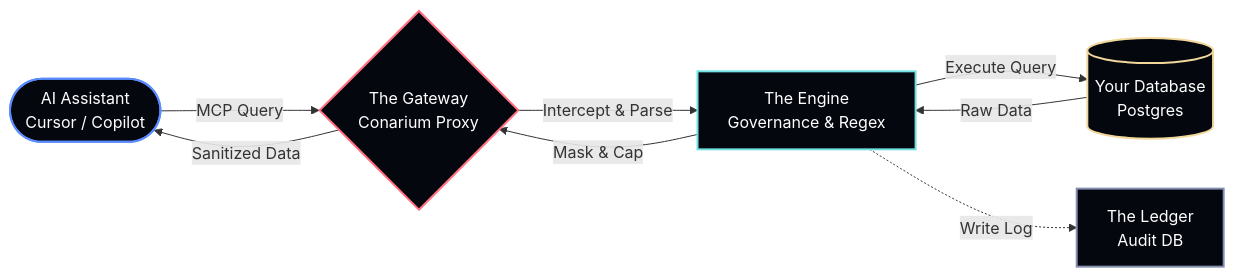
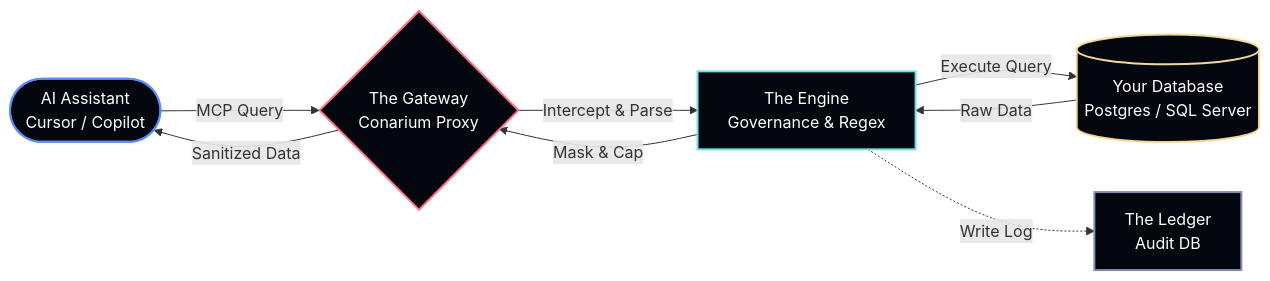
One commit to dogrucanemek-alt/conarium changed the diagram in README.md. Above: the diagram before and after it, drawn with Mermaid. The commit also changed other lines of this file and 6 other files, not shown here.

Commit message:
docs: SQL gate is Postgres and SQL Server; Oracle is not supported

````diff
--- a/README.md
+++ b/README.md
@@ -328,16 +328,16 @@
 ```mermaid
 graph LR
     A([AI Assistant\nCursor / Copilot]) -- "MCP Query" --> B{The Gateway\nConarium Proxy};
     B -- "Intercept & Parse" --> C[The Engine\nGovernance & Regex];
-    C -- "Execute Query" --> D[(Your Database\nPostgres)];
+    C -- "Execute Query" --> D[(Your Database\nPostgres / SQL Server)];
     D -- "Raw Data" --> C;
     C -- "Mask & Cap" --> B;
     B -- "Sanitized Data" --> A;
     C -. "Write Log" .-> E[The Ledger\nAudit DB];
     
     style A fill:#05070f,stroke:#5a8cff,stroke-width:2px,color:#fff
     style B fill:#05070f,stroke:#ff6f80,stroke-width:2px,color:#fff
     style C fill:#05070f,stroke:#6fe0e0,stroke-width:2px,color:#fff
     style D fill:#05070f,stroke:#f2d79a,stroke-width:2px,color:#fff
     style E fill:#05070f,stroke:#838dad,stroke-width:2px,color:#fff
 ```
````
